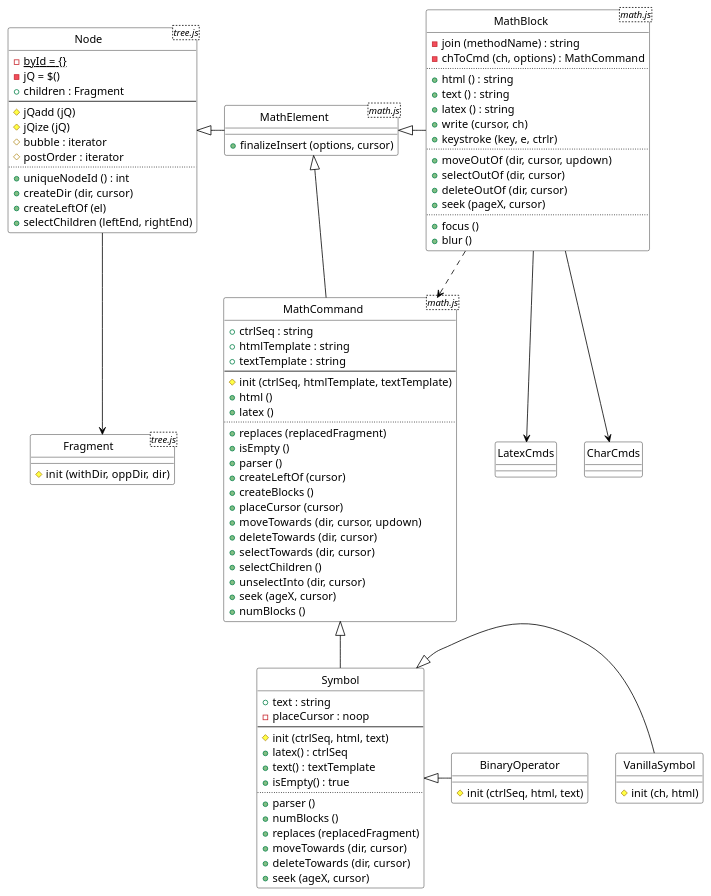
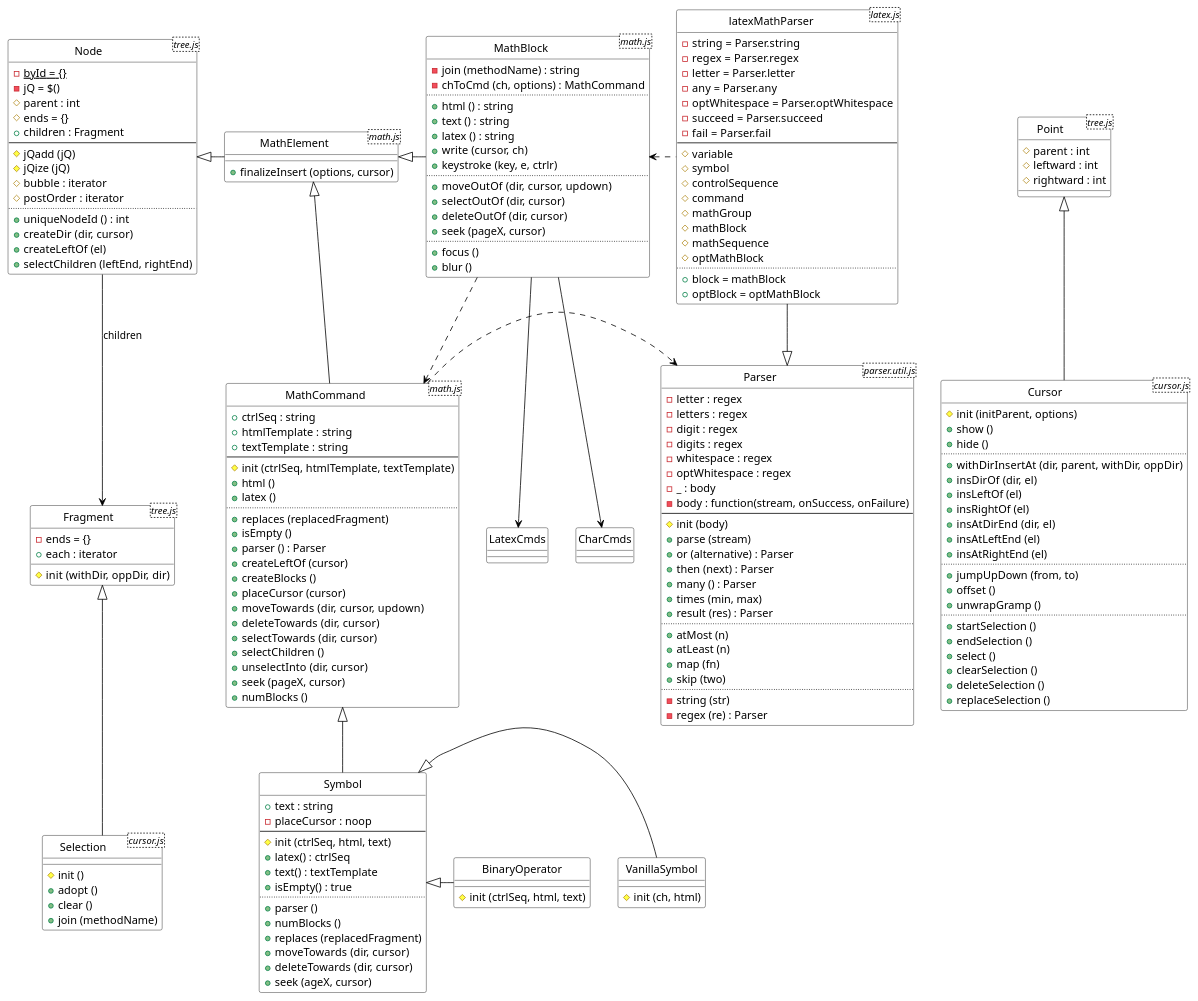
Before and after one commit to urneo/mathquill: the diagram in docs/mathquill-render.puml, drawn with PlantUML. The commit also changed 5 other files, not shown here.

```diff
--- a/docs/mathquill-render.puml
+++ b/docs/mathquill-render.puml
@@ -7,23 +7,26 @@
 hide circle
 ' hide members
 
-Node --> Fragment
+Node -d-> Fragment : children
+Selection -u-|> Fragment
 MathElement -l-|> Node
 MathElement <|-r- MathBlock
 MathElement <|-- MathCommand
 MathCommand <|-- Symbol
+MathCommand ..r.> Parser
 Symbol <|-r- VanillaSymbol
 Symbol <|-r- BinaryOperator
 MathBlock ..> MathCommand
 MathBlock --> LatexCmds
 MathBlock --> CharCmds
 
-class Fragment <tree.js> {
-    #init (withDir, oppDir, dir)
-}
+Point <|-- Cursor
+
 class Node <tree.js> {
     -{static} byId = {}
     -jQ = $()
+    #parent : int
+    #ends = {}
     +children : Fragment
     --
     #jQadd (jQ)
@@ -35,6 +38,17 @@
     +createDir (dir, cursor)
     +createLeftOf (el)
     +selectChildren (leftEnd, rightEnd)
+}
+class Fragment <tree.js> {
+    -ends = {}
+    #init (withDir, oppDir, dir)
+    +each : iterator
+}
+class Selection <cursor.js> {
+    #init ()
+    +adopt ()
+    +clear ()
+    +join (methodName)
 }
 
 class MathElement <math.js> {
@@ -52,7 +66,7 @@
     ..
     +replaces (replacedFragment)
     +isEmpty ()
-    +parser ()
+    +parser () : Parser
     +createLeftOf (cursor)
     +createBlocks ()
     +placeCursor (cursor)
@@ -61,7 +75,7 @@
     +selectTowards (dir, cursor)
     +selectChildren ()
     +unselectInto (dir, cursor)
-    +seek (ageX, cursor)
+    +seek (pageX, cursor)
     +numBlocks ()
 }
 
@@ -109,4 +123,87 @@
     #init (ctrlSeq, html, text)
 }
 
+class Point <tree.js> {
+    #parent : int
+    #leftward : int
+    #rightward : int
+}
+
+class Cursor <cursor.js> {
+    #init (initParent, options)
+    +show ()
+    +hide ()
+    ..
+    +withDirInsertAt (dir, parent, withDir, oppDir)
+    +insDirOf (dir, el)
+    +insLeftOf (el)
+    +insRightOf (el)
+    +insAtDirEnd (dir, el)
+    +insAtLeftEnd (el)
+    +insAtRightEnd (el)
+    ..
+    +jumpUpDown (from, to)
+    +offset ()
+    +unwrapGramp ()
+    ..
+    +startSelection ()
+    +endSelection ()
+    +select ()
+    +clearSelection ()
+    +deleteSelection ()
+    +replaceSelection ()
+}
+
+latexMathParser --|> Parser
+latexMathParser .l.> MathBlock
+
+class latexMathParser <latex.js> {
+    -string = Parser.string
+    -regex = Parser.regex
+    -letter = Parser.letter
+    -any = Parser.any
+    -optWhitespace = Parser.optWhitespace
+    -succeed = Parser.succeed
+    -fail = Parser.fail
+    --
+    #variable
+    #symbol
+    #controlSequence
+    #command
+    #mathGroup
+    #mathBlock
+    #mathSequence
+    #optMathBlock
+    ..
+    +block = mathBlock
+    +optBlock = optMathBlock
+}
+
+class Parser <parser.util.js> {
+    -letter : regex
+    -letters : regex
+    -digit : regex
+    -digits : regex
+    -whitespace : regex
+    -optWhitespace : regex
+    -_ : body
+    -body : function(stream, onSuccess, onFailure)
+    --
+    #init (body)
+    +parse (stream)
+    +or (alternative) : Parser
+    +then (next) : Parser
+    +many () : Parser
+    +times (min, max)
+    +result (res) : Parser
+    ..
+    +atMost (n)
+    +atLeast (n)
+    +map (fn)
+    +skip (two)
+    ..
+    -string (str)
+    -regex (re) : Parser
+}
+
 @enduml
```
